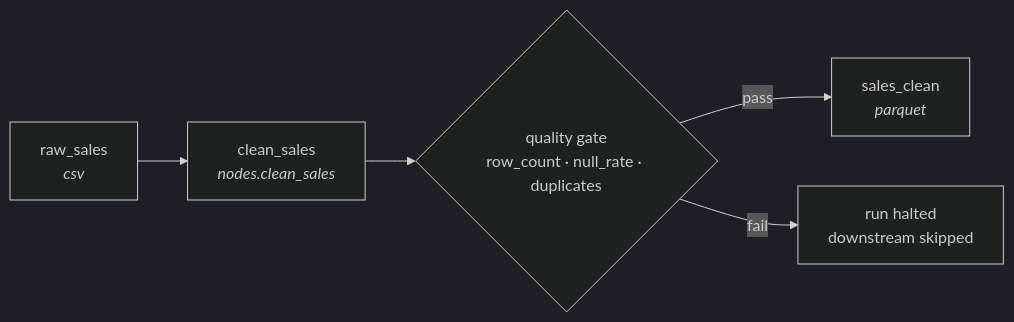
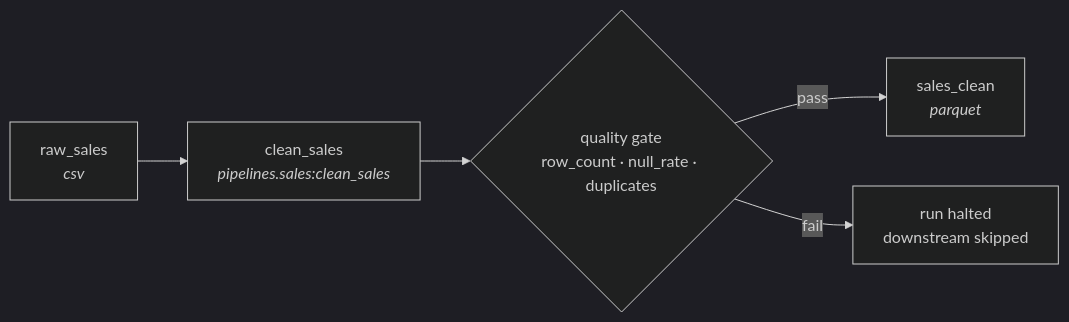
One commit to faustinolopezramos/ducta changed the first of 2 diagrams in README.md. Above: the diagram before and after it, drawn with Mermaid (dark theme). The commit also changed other lines of this file and 163 other files, not shown here.

````diff
--- a/README.md
+++ b/README.md
@@ -226,7 +221,7 @@
 ```mermaid
 flowchart LR
-    A["raw_sales<br/><i>csv</i>"] --> B["clean_sales<br/><i>nodes.clean_sales</i>"]
+    A["raw_sales<br/><i>csv</i>"] --> B["clean_sales<br/><i>pipelines.sales:clean_sales</i>"]
     B --> C{"quality gate<br/>row_count · null_rate · duplicates"}
     C -->|pass| D["sales_clean<br/><i>parquet</i>"]
     C -->|fail| E["run halted<br/>downstream skipped"]
 ```
````
